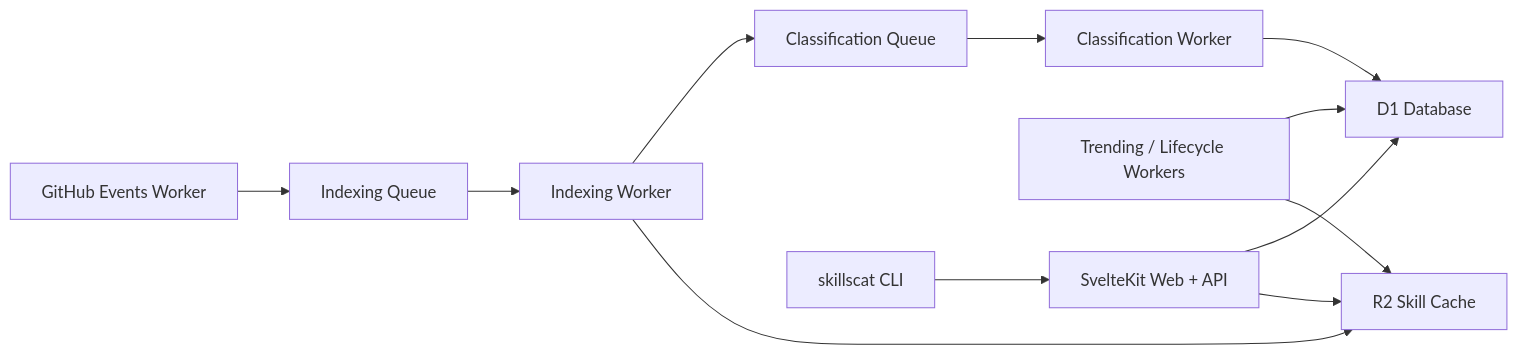
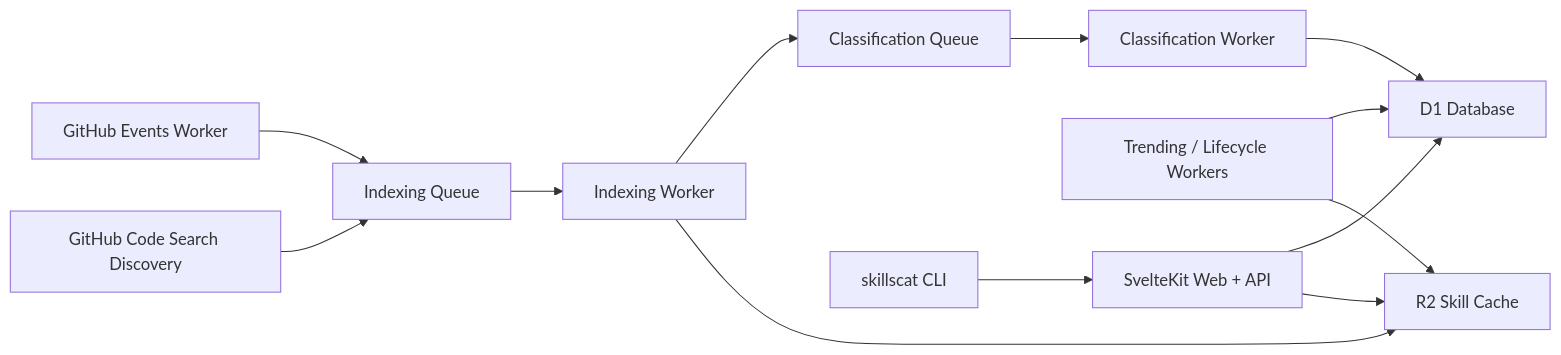
Before and after one commit to SkillsCat/skillscat: the diagram in README.md, drawn with Mermaid. The commit also changed 17 other files, not shown here.

````diff
--- a/README.md
+++ b/README.md
@@ -36,14 +36,15 @@
 ```mermaid
 flowchart LR
   A["GitHub Events Worker"] --> B["Indexing Queue"]
+  K["GitHub Code Search Discovery"] --> B
   B --> C["Indexing Worker"]
   C --> D["Classification Queue"]
   D --> E["Classification Worker"]
   E --> F["D1 Database"]
   C --> G["R2 Skill Cache"]
   H["Trending / Lifecycle Workers"] --> F
   H --> G
   I["SvelteKit Web + API"] --> F
   I --> G
   J["skillscat CLI"] --> I
 ```
````
